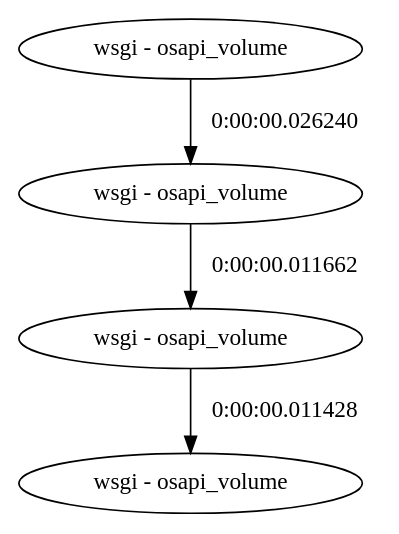
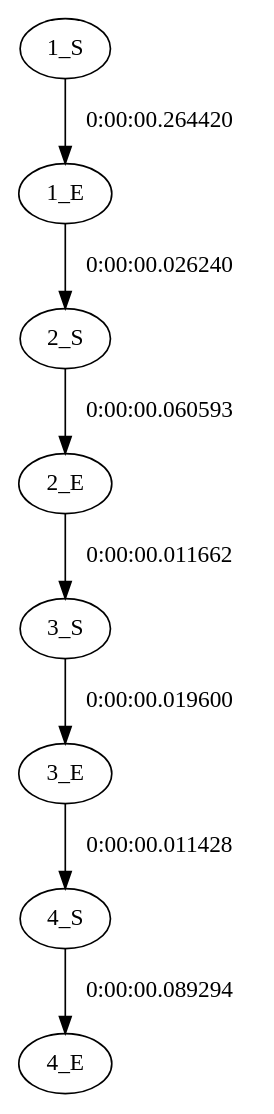
The diagram in samples/0ecb71d7-0105-4423-8459-2a0eb641a4b6.dot (lkatalin/Categorization), drawn with Graphviz before and after one commit. The commit also changed 3 other files, not shown here.

```diff
--- a/samples/0ecb71d7-0105-4423-8459-2a0eb641a4b6.dot
+++ b/samples/0ecb71d7-0105-4423-8459-2a0eb641a4b6.dot
@@ -1,10 +1,18 @@
  # 1 R: 483 usecs 
 Digraph {
-	ae10fbb8536eb4c1fa2938d04d4e466aa [label="wsgi - osapi_volume"]
-	a9889cc223cb54c0192f749a0151b5d57 [label="wsgi - osapi_volume"]
-	ad09455c56efc4225b311fd9d6225e355 [label="wsgi - osapi_volume"]
-	ad8eaf330c3f148a1859ec2ac637be38b [label="wsgi - osapi_volume"]
-	ae10fbb8536eb4c1fa2938d04d4e466aa -> a9889cc223cb54c0192f749a0151b5d57 [label="0:00:00.026240"]
-	a9889cc223cb54c0192f749a0151b5d57 -> ad09455c56efc4225b311fd9d6225e355 [label="0:00:00.011662"]
-	ad09455c56efc4225b311fd9d6225e355 -> ad8eaf330c3f148a1859ec2ac637be38b [label="0:00:00.011428"]
+	ae10fbb8536eb4c1fa2938d04d4e466aa [label="1_S"]
+	ae10fbb8536eb4c1fa2938d04d4e466aa_E [label="1_E"]
+	a9889cc223cb54c0192f749a0151b5d57 [label="2_S"]
+	a9889cc223cb54c0192f749a0151b5d57_E [label="2_E"]
+	ad09455c56efc4225b311fd9d6225e355 [label="3_S"]
+	ad09455c56efc4225b311fd9d6225e355_E [label="3_E"]
+	ad8eaf330c3f148a1859ec2ac637be38b [label="4_S"]
+	ad8eaf330c3f148a1859ec2ac637be38b_E [label="4_E"]
+	ae10fbb8536eb4c1fa2938d04d4e466aa -> ae10fbb8536eb4c1fa2938d04d4e466aa_E [label="0:00:00.264420"]
+	ae10fbb8536eb4c1fa2938d04d4e466aa_E -> a9889cc223cb54c0192f749a0151b5d57 [label="0:00:00.026240"]
+	a9889cc223cb54c0192f749a0151b5d57 -> a9889cc223cb54c0192f749a0151b5d57_E [label="0:00:00.060593"]
+	a9889cc223cb54c0192f749a0151b5d57_E -> ad09455c56efc4225b311fd9d6225e355 [label="0:00:00.011662"]
+	ad09455c56efc4225b311fd9d6225e355 -> ad09455c56efc4225b311fd9d6225e355_E [label="0:00:00.019600"]
+	ad09455c56efc4225b311fd9d6225e355_E -> ad8eaf330c3f148a1859ec2ac637be38b [label="0:00:00.011428"]
+	ad8eaf330c3f148a1859ec2ac637be38b -> ad8eaf330c3f148a1859ec2ac637be38b_E [label="0:00:00.089294"]
 }
```
